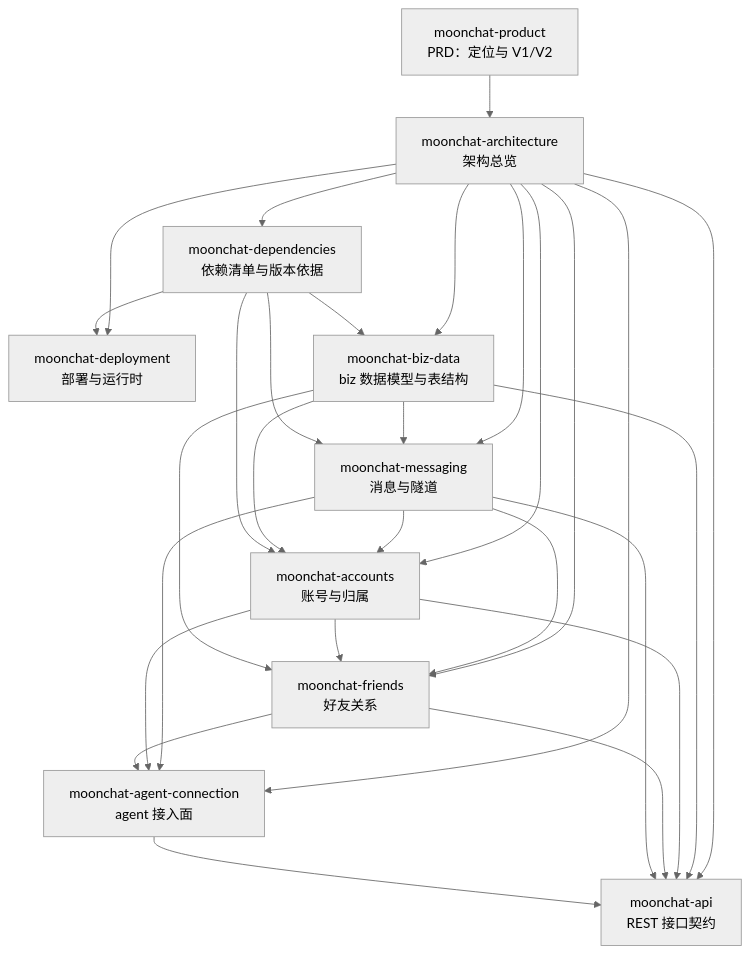
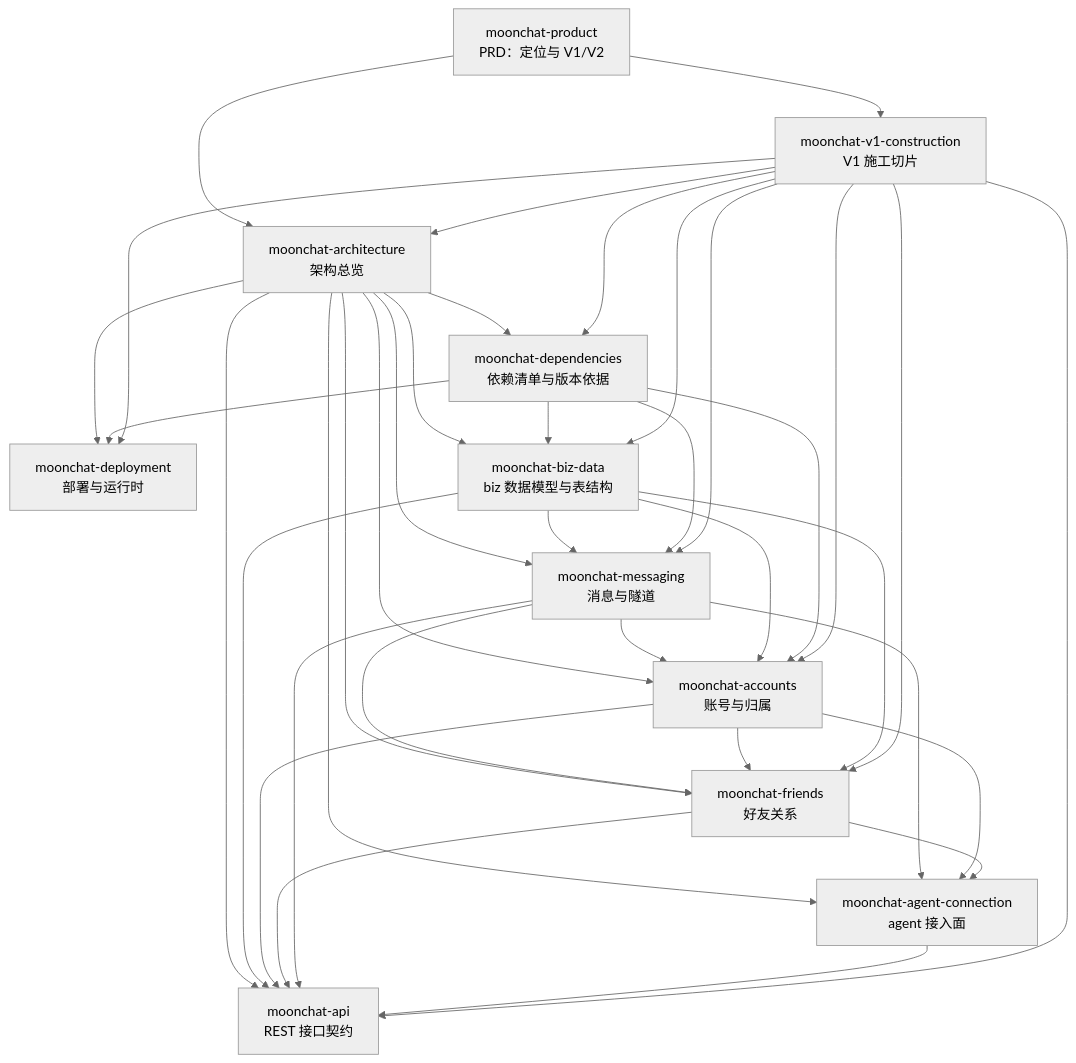
One commit to flssr/moonchat changed the diagram in docs/README.md. Above: the diagram before and after it, drawn with Mermaid (neutral theme). The commit also changed other lines of this file and 3 other files, not shown here.

````diff
--- a/docs/README.md
+++ b/docs/README.md
@@ -26,41 +27,51 @@
 ```mermaid
 graph TD
   P["moonchat-product<br/>PRD：定位与 V1/V2"]
   A["moonchat-architecture<br/>架构总览"]
   M["moonchat-messaging<br/>消息与隧道"]
   AC["moonchat-accounts<br/>账号与归属"]
   F["moonchat-friends<br/>好友关系"]
   AG["moonchat-agent-connection<br/>agent 接入面"]
   D["moonchat-deployment<br/>部署与运行时"]
   BD["moonchat-biz-data<br/>biz 数据模型与表结构"]
   API["moonchat-api<br/>REST 接口契约"]
   DEP["moonchat-dependencies<br/>依赖清单与版本依据"]
 
   P --> A
   A --> M
   A --> AC
   A --> F
   A --> AG
   A --> D
   M --> AC
   M --> F
   M --> AG
   AC --> F
   AC --> AG
   F --> AG
   A --> BD
   BD --> M
   BD --> AC
   BD --> F
   A --> API
   BD --> API
   AC --> API
   F --> API
   M --> API
   AG --> API
   A --> DEP
   DEP --> D
   DEP --> BD
   DEP --> AC
   DEP --> M
+  VC["moonchat-v1-construction<br/>V1 施工切片"]
+  P --> VC
+  VC --> A
+  VC --> M
+  VC --> AC
+  VC --> F
+  VC --> API
+  VC --> BD
+  VC --> D
+  VC --> DEP
 ```
````
